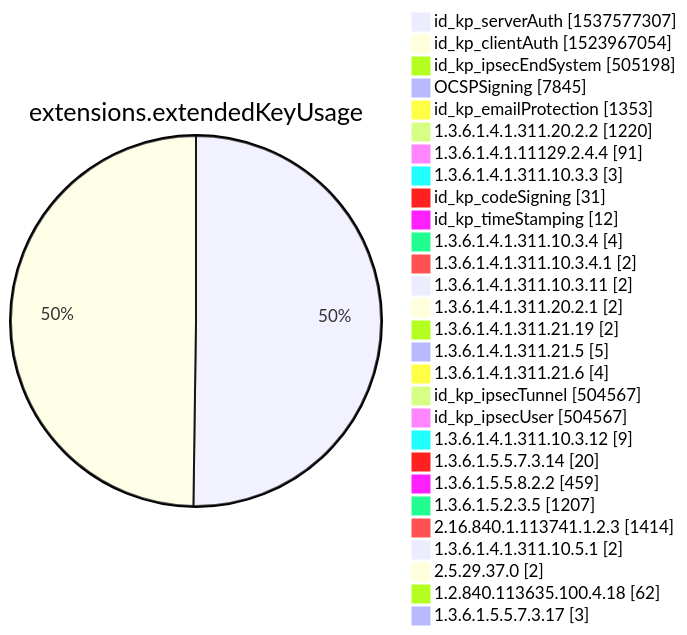
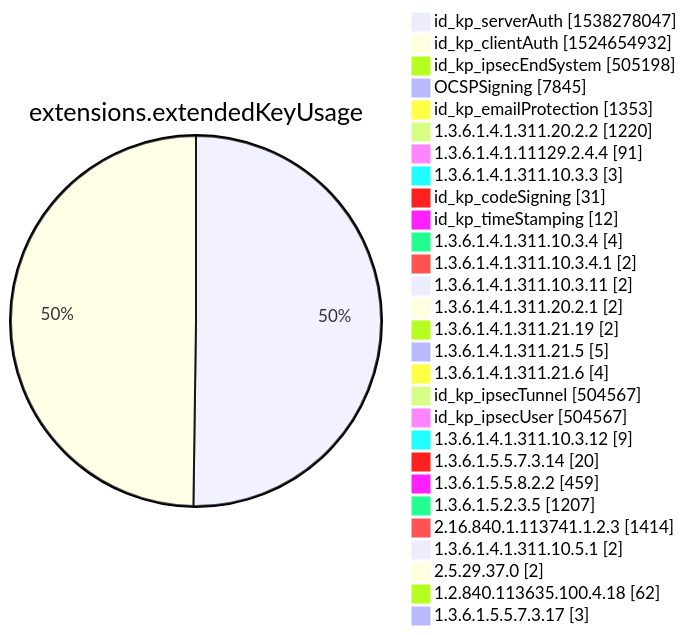
Diagram 12 of 15 in xenon2022/README.md (christiankrug/ctmonitor_visualization), drawn with Mermaid before and after one commit. The commit also changed other lines of this file, not shown here.

````diff
--- a/xenon2022/README.md
+++ b/xenon2022/README.md
@@ -3880,32 +3880,32 @@
 ```mermaid
 pie showData
 title extensions.extendedKeyUsage
-"id_kp_serverAuth" :1537577307
-"id_kp_clientAuth" :1523967054
+"id_kp_serverAuth" :1538278047
+"id_kp_clientAuth" :1524654932
 "id_kp_ipsecEndSystem" :505198
 "OCSPSigning" :7845
 "id_kp_emailProtection" :1353
 "1.3.6.1.4.1.311.20.2.2" :1220
 "1.3.6.1.4.1.11129.2.4.4" :91
 "1.3.6.1.4.1.311.10.3.3" :3
 "id_kp_codeSigning" :31
 "id_kp_timeStamping" :12
 "1.3.6.1.4.1.311.10.3.4" :4
 "1.3.6.1.4.1.311.10.3.4.1" :2
 "1.3.6.1.4.1.311.10.3.11" :2
 "1.3.6.1.4.1.311.20.2.1" :2
 "1.3.6.1.4.1.311.21.19" :2
 "1.3.6.1.4.1.311.21.5" :5
 "1.3.6.1.4.1.311.21.6" :4
 "id_kp_ipsecTunnel" :504567
 "id_kp_ipsecUser" :504567
 "1.3.6.1.4.1.311.10.3.12" :9
 "1.3.6.1.5.5.7.3.14" :20
 "1.3.6.1.5.5.8.2.2" :459
 "1.3.6.1.5.2.3.5" :1207
 "2.16.840.1.113741.1.2.3" :1414
 "1.3.6.1.4.1.311.10.5.1" :2
 "2.5.29.37.0" :2
 "1.2.840.113635.100.4.18" :62
 "1.3.6.1.5.5.7.3.17" :3
 ```
````
